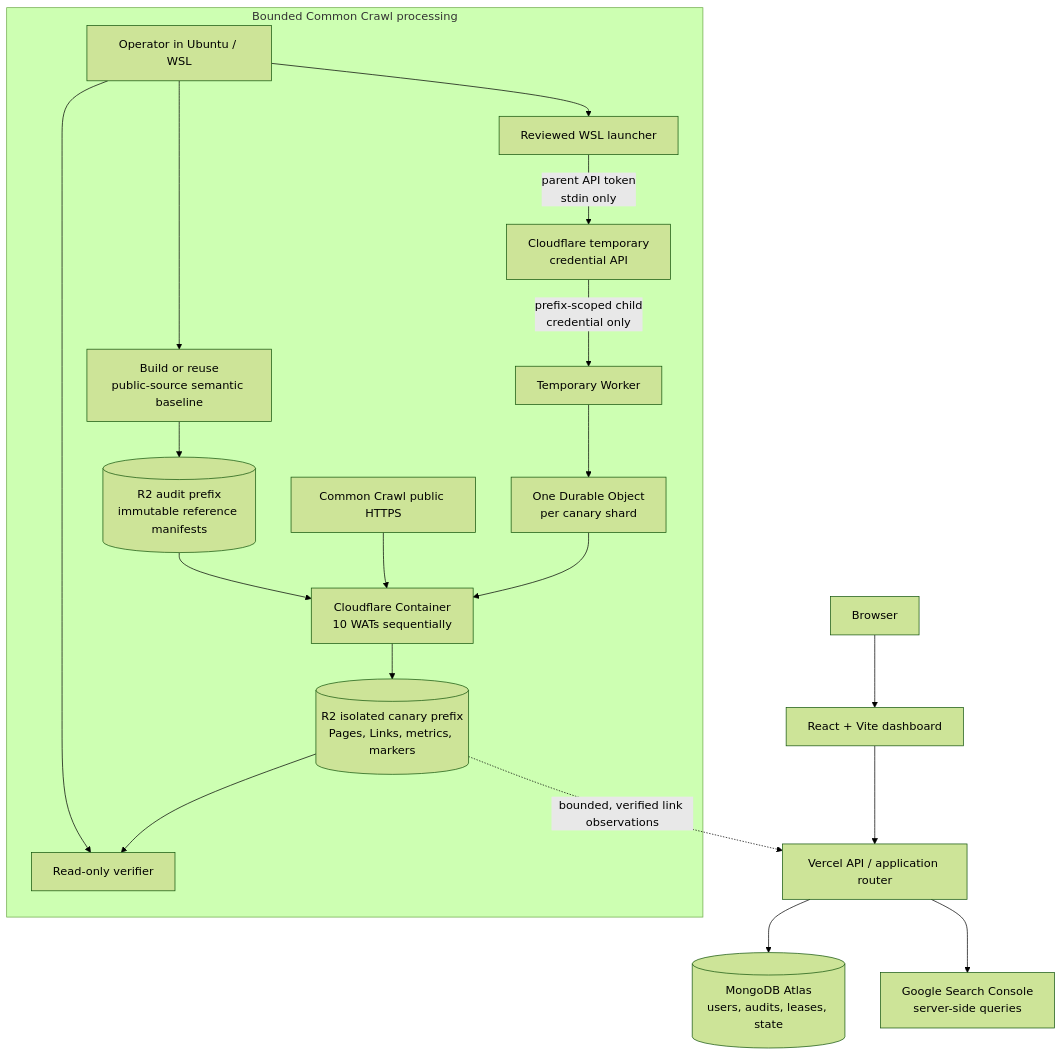
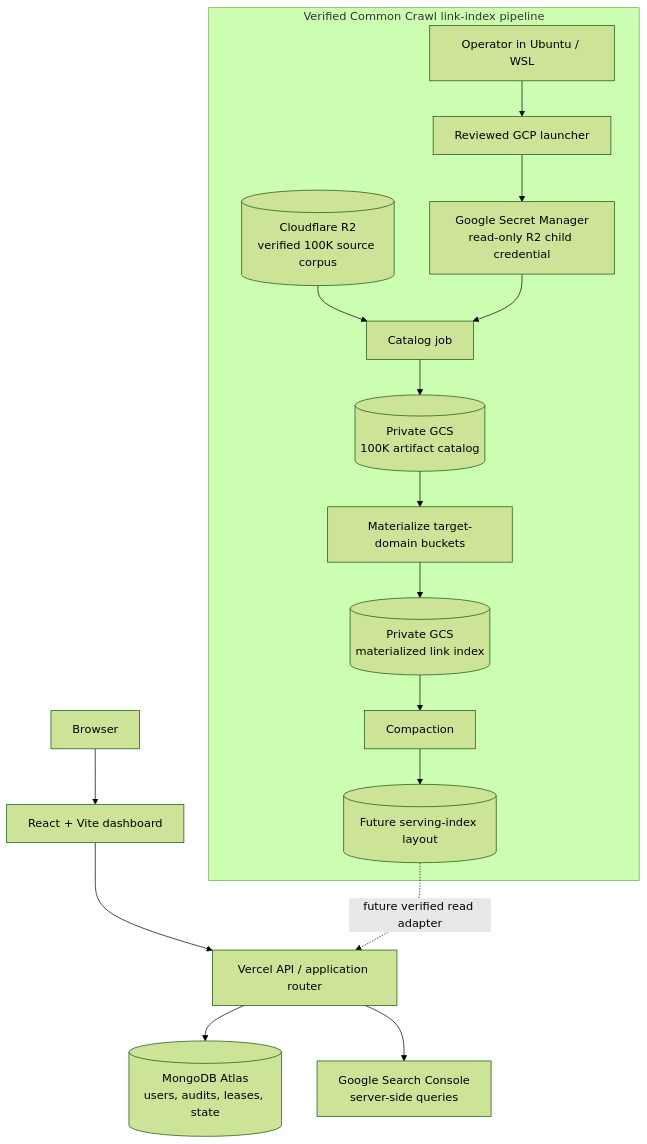
Before and after one commit to kunalraha-ai/GrowthSent: the diagram in README.md, drawn with Mermaid (forest theme). The commit also changed other lines of this file and 16 other files, not shown here.

````diff
--- a/README.md
+++ b/README.md
@@ -26,24 +54,21 @@
 ```mermaid
 flowchart TB
   Browser[Browser] --> Web[React + Vite dashboard]
   Web --> API[Vercel API / application router]
   API --> Mongo[(MongoDB Atlas<br/>users, audits, leases, state)]
   API --> GSC[Google Search Console<br/>server-side queries]
 
-  subgraph Pipeline[Bounded Common Crawl processing]
-    Operator[Operator in Ubuntu / WSL] --> Baseline[Build or reuse<br/>public-source semantic baseline]
-    Baseline --> AuditR2[(R2 audit prefix<br/>immutable reference manifests)]
-    Operator --> Launcher[Reviewed WSL launcher]
-    Launcher -->|parent API token<br/>stdin only| TempCreds[Cloudflare temporary<br/>credential API]
-    TempCreds -->|prefix-scoped child<br/>credential only| Worker[Temporary Worker]
-    Worker --> DO[One Durable Object<br/>per canary shard]
-    DO --> Container[Cloudflare Container<br/>10 WATs sequentially]
-    CommonCrawl[Common Crawl public HTTPS] --> Container
-    AuditR2 --> Container
-    Container --> CanaryR2[(R2 isolated canary prefix<br/>Pages, Links, metrics, markers)]
-    CanaryR2 --> Verifier[Read-only verifier]
-    Operator --> Verifier
+  subgraph DataPlane[Verified Common Crawl link-index pipeline]
+    Operator[Operator in Ubuntu / WSL] --> Launcher[Reviewed GCP launcher]
+    Launcher --> SecretManager[Google Secret Manager<br/>read-only R2 child credential]
+    R2Corpus[(Cloudflare R2<br/>verified 100K source corpus)] --> Catalog[Catalog job]
+    SecretManager --> Catalog
+    Catalog --> CatalogGCS[(Private GCS<br/>100K artifact catalog)]
+    CatalogGCS --> Materialize[Materialize target-domain buckets]
+    Materialize --> IndexGCS[(Private GCS<br/>materialized link index)]
+    IndexGCS --> Compact[Compaction]
+    Compact --> ServingGCS[(Future serving-index layout)]
   end
 
-  CanaryR2 -. bounded, verified link observations .-> API
+  ServingGCS -. future verified read adapter .-> API
 ```
````
